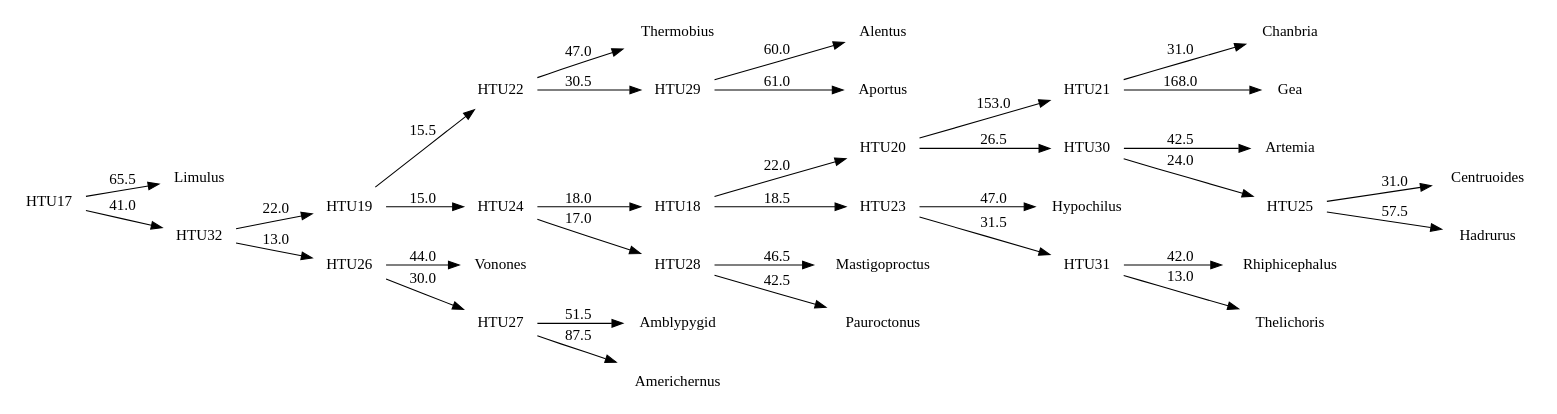
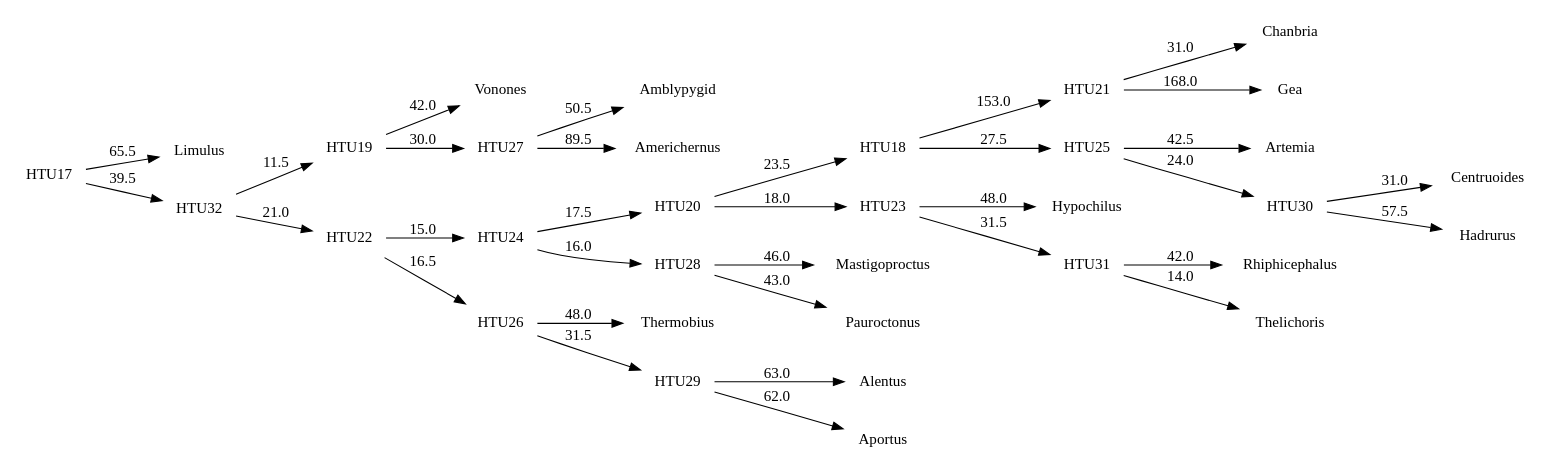
One commit to amnh/PhyG changed the diagram in tutorial/tutorial_1/Tutorial1_phygfiles/run1/chel_run1.dot. Above: the diagram before and after it, drawn with Graphviz. The commit also changed 12 other files, not shown here.

```diff
--- a/tutorial/tutorial_1/Tutorial1_phygfiles/run1/chel_run1.dot
+++ b/tutorial/tutorial_1/Tutorial1_phygfiles/run1/chel_run1.dot
@@ -1,70 +1,70 @@
 digraph G {
 	rankdir = LR;	node [ shape = none];
 
     0 [label=Alentus];
     1 [label=Amblypygid];
     2 [label=Americhernus];
     3 [label=Aportus];
     4 [label=Artemia];
     5 [label=Centruoides];
     6 [label=Chanbria];
     7 [label=Gea];
     8 [label=Hadrurus];
     9 [label=Hypochilus];
     10 [label=Limulus];
     11 [label=Mastigoproctus];
     12 [label=Pauroctonus];
     13 [label=Rhiphicephalus];
     14 [label=Thelichoris];
     15 [label=Thermobius];
     16 [label=Vonones];
     17 [label=HTU17];
     18 [label=HTU18];
     19 [label=HTU19];
     20 [label=HTU20];
     21 [label=HTU21];
     22 [label=HTU22];
     23 [label=HTU23];
     24 [label=HTU24];
     25 [label=HTU25];
     26 [label=HTU26];
     27 [label=HTU27];
     28 [label=HTU28];
     29 [label=HTU29];
     30 [label=HTU30];
     31 [label=HTU31];
     32 [label=HTU32];
     17 -> 10 [label=65.5];
-    17 -> 32 [label=41.0];
-    18 -> 20 [label=22.0];
-    18 -> 23 [label=18.5];
-    19 -> 22 [label=15.5];
-    19 -> 24 [label=15.0];
-    20 -> 21 [label=153.0];
-    20 -> 30 [label=26.5];
+    17 -> 32 [label=39.5];
+    18 -> 21 [label=153.0];
+    18 -> 25 [label=27.5];
+    19 -> 16 [label=42.0];
+    19 -> 27 [label=30.0];
+    20 -> 18 [label=23.5];
+    20 -> 23 [label=18.0];
     21 -> 6 [label=31.0];
     21 -> 7 [label=168.0];
-    22 -> 15 [label=47.0];
-    22 -> 29 [label=30.5];
-    23 -> 9 [label=47.0];
+    22 -> 24 [label=15.0];
+    22 -> 26 [label=16.5];
+    23 -> 9 [label=48.0];
     23 -> 31 [label=31.5];
-    24 -> 18 [label=18.0];
-    24 -> 28 [label=17.0];
-    25 -> 5 [label=31.0];
-    25 -> 8 [label=57.5];
-    26 -> 16 [label=44.0];
-    26 -> 27 [label=30.0];
-    27 -> 1 [label=51.5];
-    27 -> 2 [label=87.5];
-    28 -> 11 [label=46.5];
-    28 -> 12 [label=42.5];
-    29 -> 0 [label=60.0];
-    29 -> 3 [label=61.0];
-    30 -> 4 [label=42.5];
-    30 -> 25 [label=24.0];
+    24 -> 20 [label=17.5];
+    24 -> 28 [label=16.0];
+    25 -> 4 [label=42.5];
+    25 -> 30 [label=24.0];
+    26 -> 15 [label=48.0];
+    26 -> 29 [label=31.5];
+    27 -> 1 [label=50.5];
+    27 -> 2 [label=89.5];
+    28 -> 11 [label=46.0];
+    28 -> 12 [label=43.0];
+    29 -> 0 [label=63.0];
+    29 -> 3 [label=62.0];
+    30 -> 5 [label=31.0];
+    30 -> 8 [label=57.5];
     31 -> 13 [label=42.0];
-    31 -> 14 [label=13.0];
-    32 -> 19 [label=22.0];
-    32 -> 26 [label=13.0];
+    31 -> 14 [label=14.0];
+    32 -> 19 [label=11.5];
+    32 -> 22 [label=21.0];
 }
 //998.0
```
